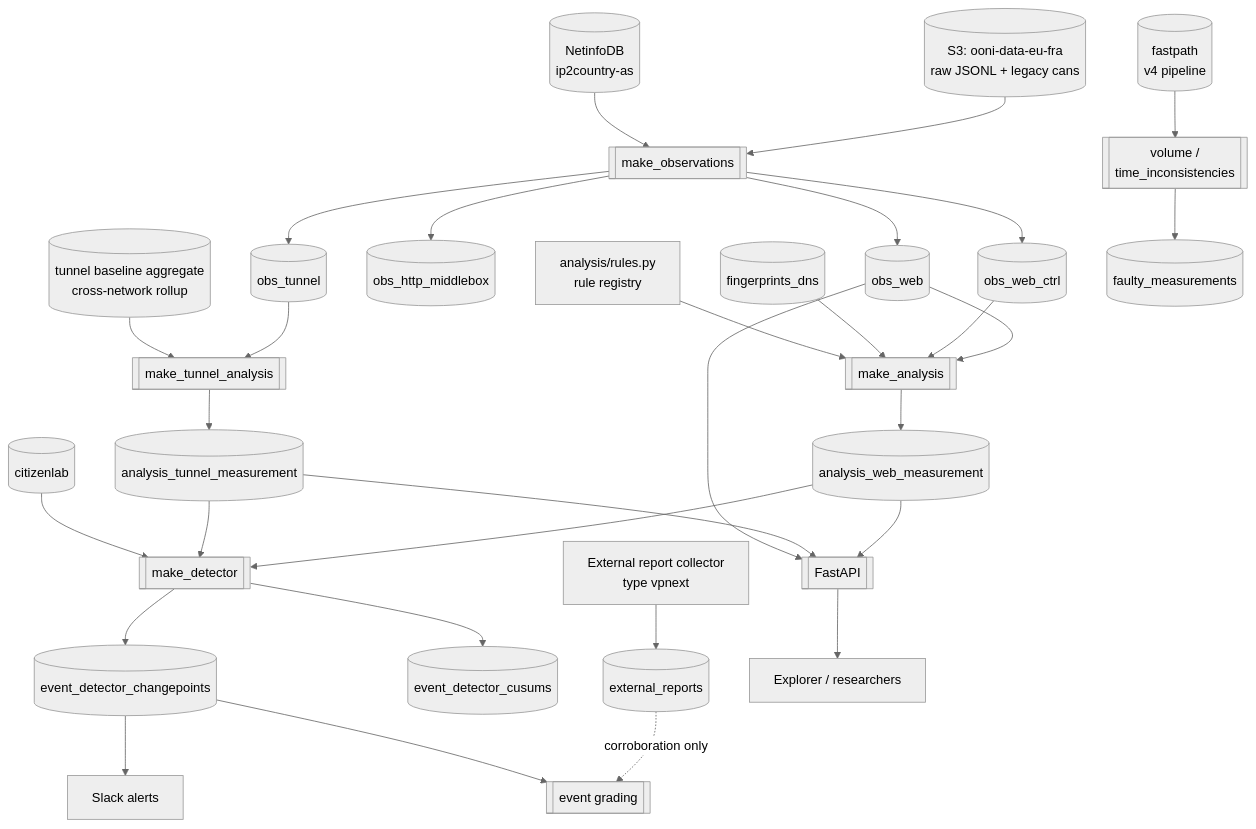
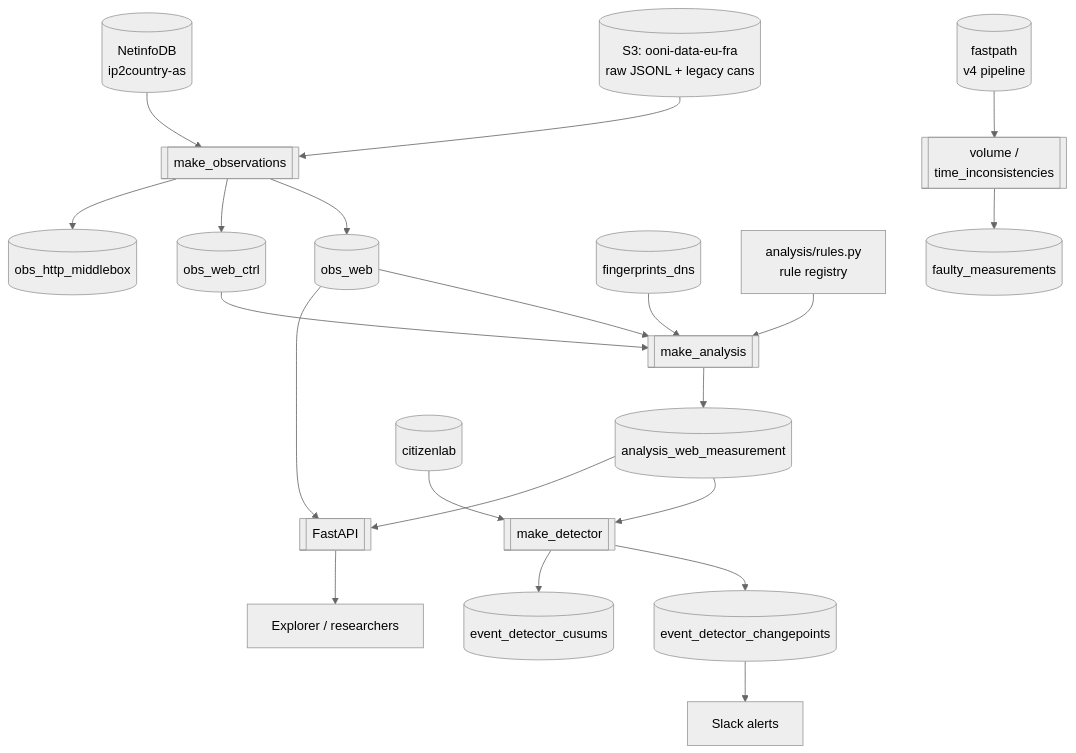
The diagram in src/content/docs/data/pipeline/01-architecture.md (ooni/docs), drawn with Mermaid (neutral theme) before and after one commit. The commit also changed other lines of this file and 12 other files, not shown here.

````diff
--- a/src/content/docs/data/pipeline/01-architecture.md
+++ b/src/content/docs/data/pipeline/01-architecture.md
@@ -98,38 +90,27 @@
 ```mermaid
 graph TD
     S3[(S3: ooni-data-eu-fra<br/>raw JSONL + legacy cans)] --> OGEN[[make_observations]]
     NDB[(NetinfoDB<br/>ip2country-as)] --> OGEN
     OGEN --> OW[(obs_web)]
     OGEN --> OWC[(obs_web_ctrl)]
     OGEN --> OHM[(obs_http_middlebox)]
-    OGEN --> OT[(obs_tunnel)]
 
     OW --> AN[[make_analysis]]
     OWC --> AN
     FPD[(fingerprints_dns)] --> AN
     RULES[analysis/rules.py<br/>rule registry] --> AN
     AN --> AWM[(analysis_web_measurement)]
 
-    OT --> TAN[[make_tunnel_analysis]]
-    BASE[(tunnel baseline aggregate<br/>cross-network rollup)] --> TAN
-    TAN --> ATM[(analysis_tunnel_measurement)]
-
     AWM --> DET[[make_detector]]
-    ATM --> DET
     CLB[(citizenlab)] --> DET
     DET --> CP[(event_detector_changepoints)]
     DET --> CUS[(event_detector_cusums)]
     CP --> SLACK[Slack alerts]
 
-    EXT[External report collector<br/>type vpnext] --> ER[(external_reports)]
-    ER -.corroboration only.-> EVT[[event grading]]
-    CP --> EVT
-
     AWM --> API[[FastAPI]]
-    ATM --> API
     OW --> API
     API --> USERS[Explorer / researchers]
 
     FP[(fastpath<br/>v4 pipeline)] --> QA[[volume /<br/>time_inconsistencies]]
     QA --> FM[(faulty_measurements)]
 ```
````
